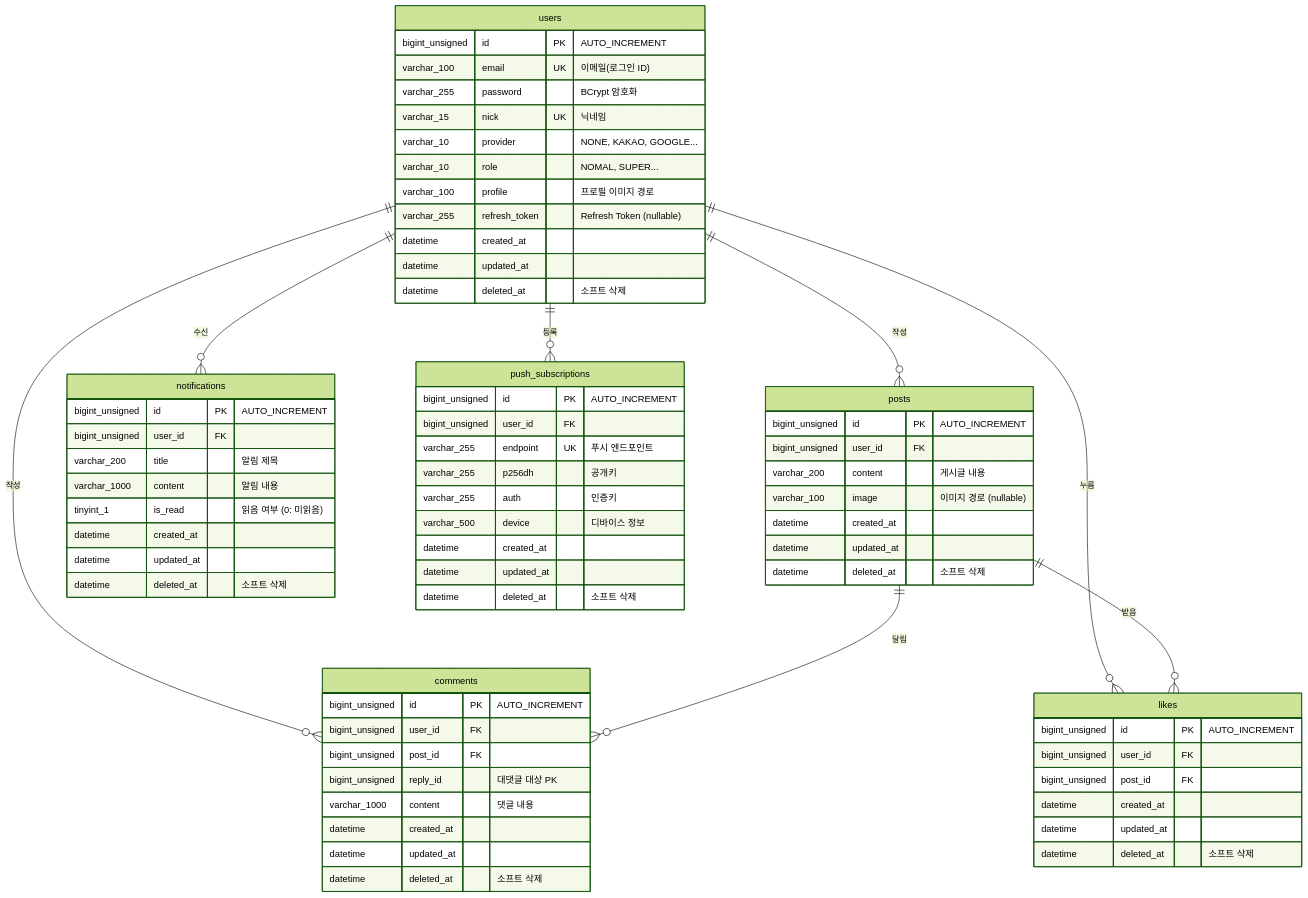
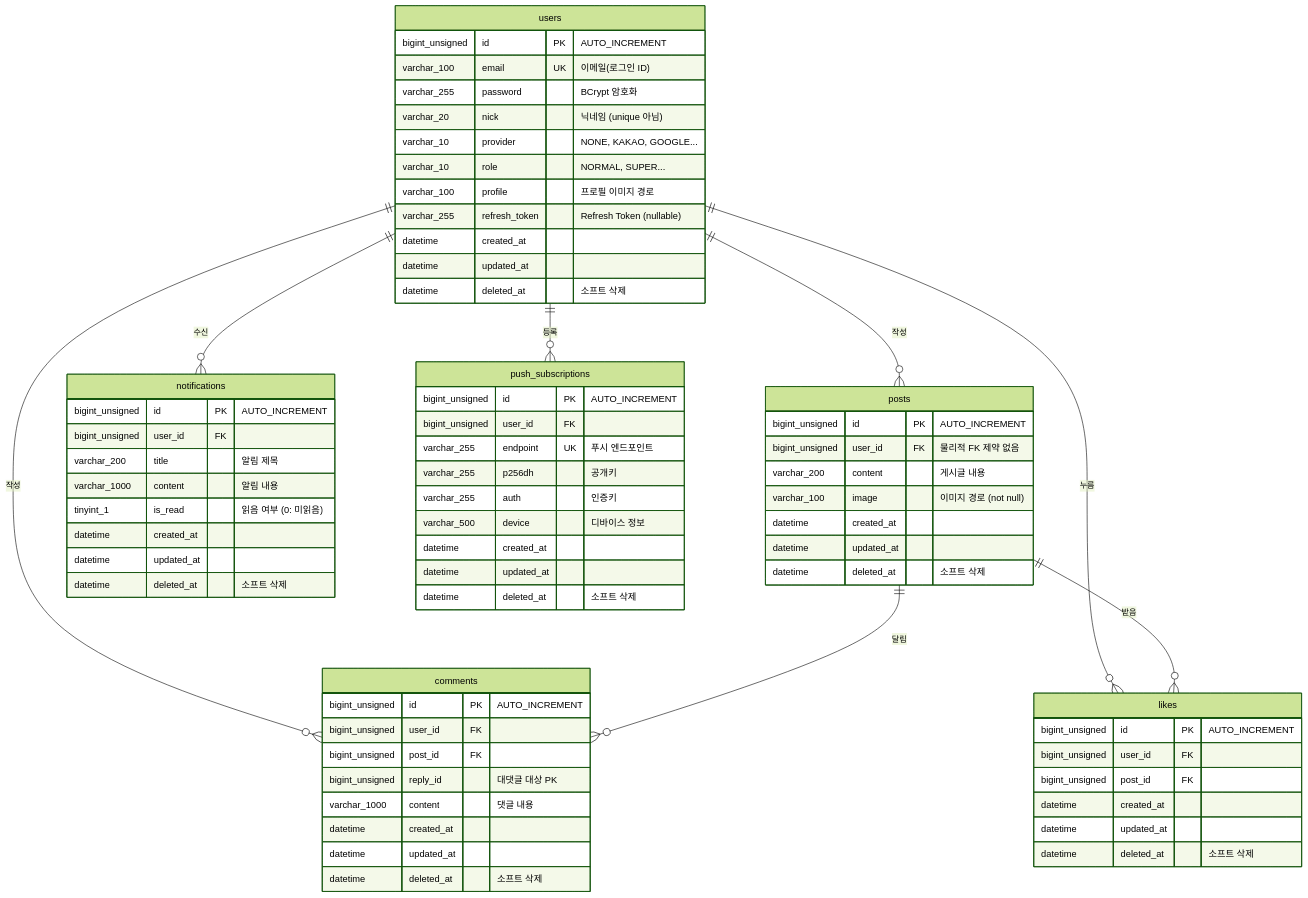
The diagram in doc/1st-doc/02-erd-and-database.md (ByungjooPark/msa4-meerkatgram), drawn with Mermaid (forest theme) before and after one commit. The commit also changed other lines of this file and 12 other files, not shown here.

````diff
--- a/doc/1st-doc/02-erd-and-database.md
+++ b/doc/1st-doc/02-erd-and-database.md
@@ -5,77 +5,77 @@
 ```mermaid
 erDiagram
     users {
         bigint_unsigned id PK "AUTO_INCREMENT"
         varchar_100 email UK "이메일(로그인 ID)"
         varchar_255 password "BCrypt 암호화"
-        varchar_15  nick UK "닉네임"
+        varchar_20  nick "닉네임 (unique 아님)"
         varchar_10  provider "NONE, KAKAO, GOOGLE..."
-        varchar_10  role "NOMAL, SUPER..."
+        varchar_10  role "NORMAL, SUPER..."
         varchar_100 profile "프로필 이미지 경로"
         varchar_255 refresh_token "Refresh Token (nullable)"
         datetime    created_at
         datetime    updated_at
         datetime    deleted_at "소프트 삭제"
     }
 
     posts {
         bigint_unsigned id PK "AUTO_INCREMENT"
-        bigint_unsigned user_id FK
+        bigint_unsigned user_id FK "물리적 FK 제약 없음"
         varchar_200 content "게시글 내용"
-        varchar_100 image "이미지 경로 (nullable)"
+        varchar_100 image "이미지 경로 (not null)"
         datetime    created_at
         datetime    updated_at
         datetime    deleted_at "소프트 삭제"
     }
 
     comments {
         bigint_unsigned id PK "AUTO_INCREMENT"
         bigint_unsigned user_id FK
         bigint_unsigned post_id FK
         bigint_unsigned reply_id "대댓글 대상 PK"
         varchar_1000 content "댓글 내용"
         datetime     created_at
         datetime     updated_at
         datetime     deleted_at "소프트 삭제"
     }
 
     likes {
         bigint_unsigned id PK "AUTO_INCREMENT"
         bigint_unsigned user_id FK
         bigint_unsigned post_id FK
         datetime created_at
         datetime updated_at
         datetime deleted_at "소프트 삭제"
     }
 
     notifications {
         bigint_unsigned id PK "AUTO_INCREMENT"
         bigint_unsigned user_id FK
         varchar_200 title "알림 제목"
         varchar_1000 content "알림 내용"
         tinyint_1 is_read "읽음 여부 (0: 미읽음)"
         datetime created_at
         datetime updated_at
         datetime deleted_at "소프트 삭제"
     }
 
     push_subscriptions {
         bigint_unsigned id PK "AUTO_INCREMENT"
         bigint_unsigned user_id FK
         varchar_255 endpoint UK "푸시 엔드포인트"
         varchar_255 p256dh "공개키"
         varchar_255 auth "인증키"
         varchar_500 device "디바이스 정보"
         datetime created_at
         datetime updated_at
         datetime deleted_at "소프트 삭제"
     }
 
     users ||--o{ posts : "작성"
     users ||--o{ comments : "작성"
     users ||--o{ likes : "누름"
     users ||--o{ notifications : "수신"
     users ||--o{ push_subscriptions : "등록"
     posts ||--o{ comments : "달림"
     posts ||--o{ likes : "받음"
 ```
````
